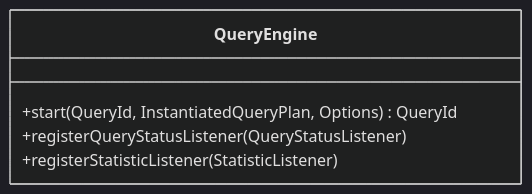
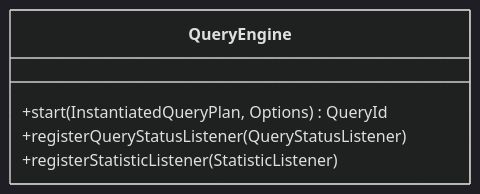
Before and after one commit to nebulastream/nebulastream: the fifth of 11 diagrams in docs/design/20240927_QueryManager.md, drawn with Mermaid (dark theme). The commit also changed other lines of this file, not shown here.

Commit message:
chore(QueryManagerDD): replaced passive with active language constructs and did some minor cleanup

````diff
--- a/docs/design/20240927_QueryManager.md
+++ b/docs/design/20240927_QueryManager.md
@@ -318,8 +317,8 @@
 ```mermaid
 classDiagram
     class QueryEngine {
-        +start(QueryId, InstantiatedQueryPlan, Options) QueryId
+        +start(InstantiatedQueryPlan, Options) QueryId
         +registerQueryStatusListener(QueryStatusListener)
         +registerStatisticListener(StatisticListener)
     }
 ```
````
